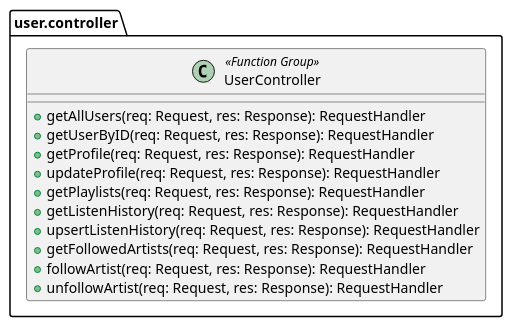
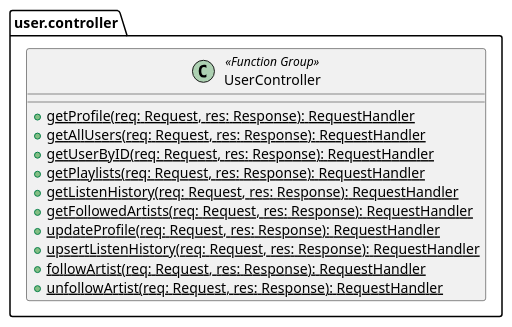
Before and after one commit to MusikStreaming/MusikStreamingBE: the diagram in diagrams/packages/controllers/user.puml, drawn with PlantUML. The commit also changed 8 other files, not shown here.

Commit message:
[UPDATE]: Drawing diagrams... Ugh

```diff
--- a/diagrams/packages/controllers/user.puml
+++ b/diagrams/packages/controllers/user.puml
@@ -1,19 +1,19 @@
 @startuml
 
 set separator none
 package user.controller {
     class UserController <<Function Group>> {
-        + getAllUsers(req: Request, res: Response): RequestHandler
-        + getUserByID(req: Request, res: Response): RequestHandler
-        + getProfile(req: Request, res: Response): RequestHandler
-        + updateProfile(req: Request, res: Response): RequestHandler
-        + getPlaylists(req: Request, res: Response): RequestHandler
-        + getListenHistory(req: Request, res: Response): RequestHandler
-        + upsertListenHistory(req: Request, res: Response): RequestHandler
-        + getFollowedArtists(req: Request, res: Response): RequestHandler
-        + followArtist(req: Request, res: Response): RequestHandler
-        + unfollowArtist(req: Request, res: Response): RequestHandler
+        + {static} getProfile(req: Request, res: Response): RequestHandler
+        + {static} getAllUsers(req: Request, res: Response): RequestHandler
+        + {static} getUserByID(req: Request, res: Response): RequestHandler
+        + {static} getPlaylists(req: Request, res: Response): RequestHandler
+        + {static} getListenHistory(req: Request, res: Response): RequestHandler
+        + {static} getFollowedArtists(req: Request, res: Response): RequestHandler
+        + {static} updateProfile(req: Request, res: Response): RequestHandler
+        + {static} upsertListenHistory(req: Request, res: Response): RequestHandler
+        + {static} followArtist(req: Request, res: Response): RequestHandler
+        + {static} unfollowArtist(req: Request, res: Response): RequestHandler
     }
 }
 
 @enduml
```
